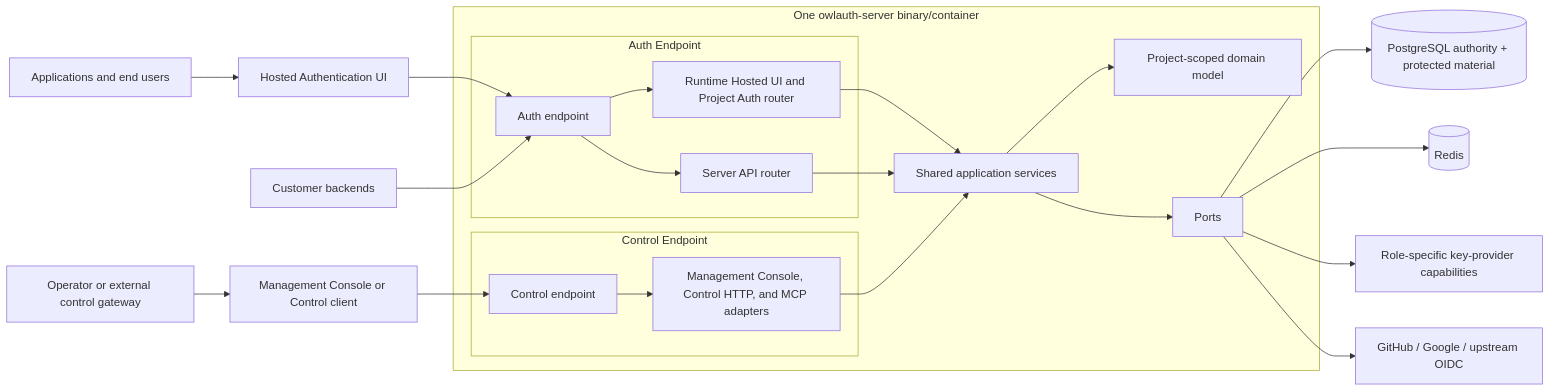
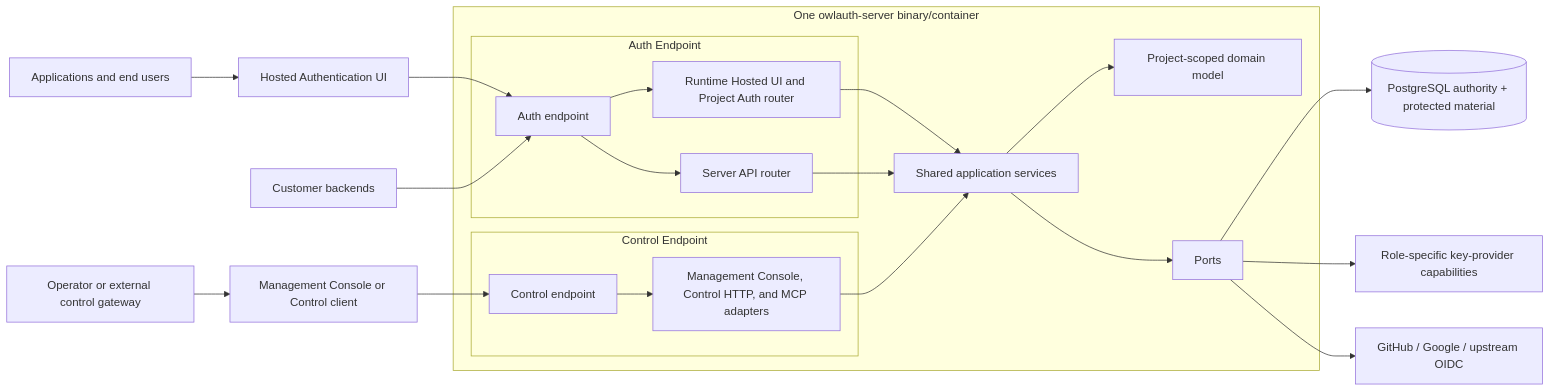
The second of 4 diagrams in spec/01-system-context-and-goals.md (owlfoundry/owlauth), drawn with Mermaid before and after one commit. The commit also changed other lines of this file and 155 other files, not shown here.

````diff
--- a/spec/01-system-context-and-goals.md
+++ b/spec/01-system-context-and-goals.md
@@ -77,28 +76,27 @@
 ```mermaid
 flowchart LR
     EndUsers[Applications and end users] --> Hosted[Hosted Authentication UI]
     Hosted --> AE[Auth endpoint]
     Backends[Customer backends] --> AE
     Operators[Operator or external control gateway] --> Console[Management Console or Control client]
     Console --> CE[Control endpoint]
 
     subgraph Artifact[One owlauth-server binary/container]
         subgraph Auth[Auth Endpoint]
             AE --> RH[Runtime Hosted UI and Project Auth router]
             AE --> SA[Server API router]
         end
         subgraph Control[Control Endpoint]
             CE --> CA[Management Console, Control HTTP, and MCP adapters]
         end
         RH --> AS[Shared application services]
         SA --> AS
         CA --> AS
         AS --> D[Project-scoped domain model]
         AS --> P[Ports]
     end
 
     P --> PG[(PostgreSQL authority + protected material)]
-    P --> Redis[(Redis)]
     P --> KP[Role-specific key-provider capabilities]
     P --> IdP[GitHub / Google / upstream OIDC]
 ```
````
